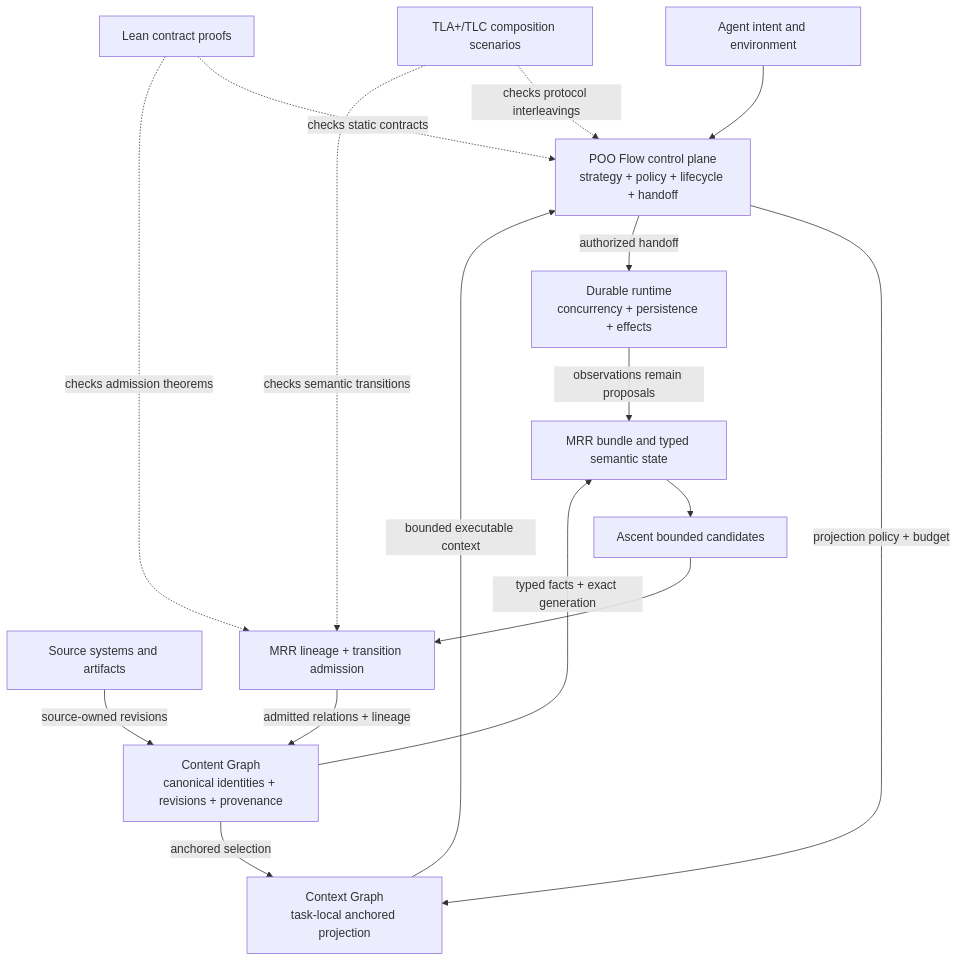
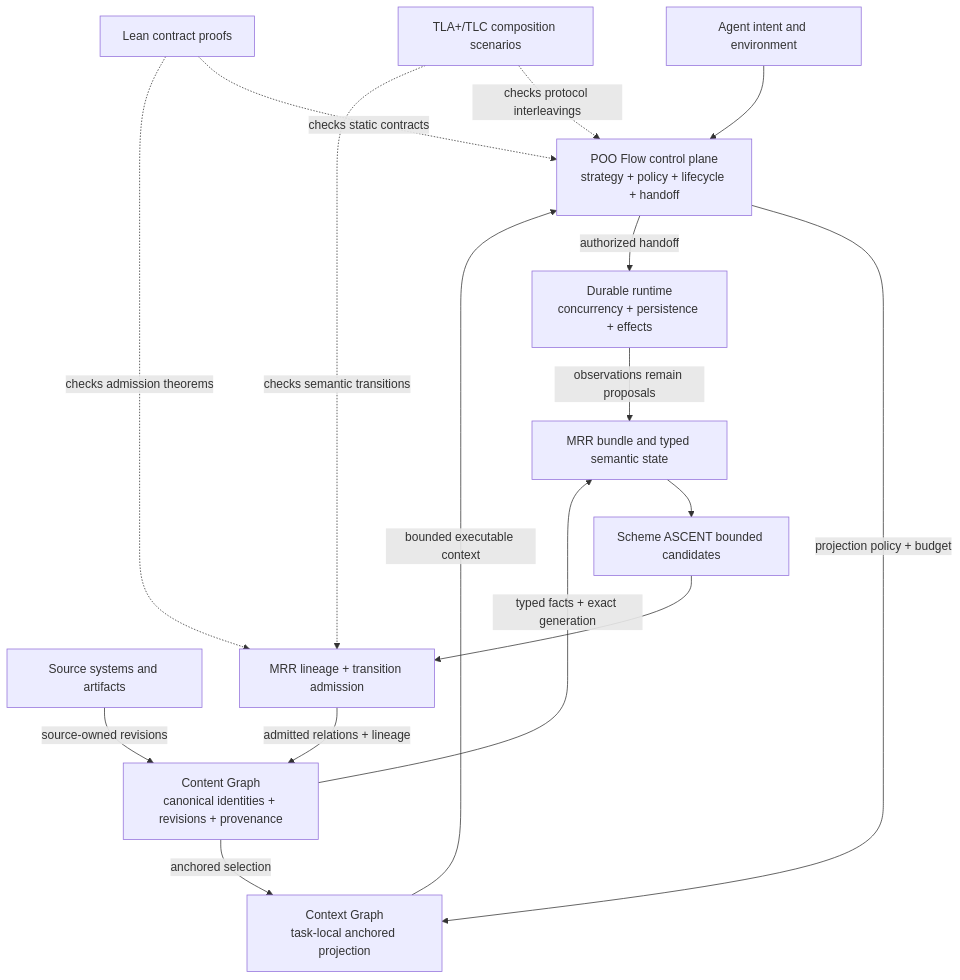
One commit to tao3k/meta-relational-reasoning changed the diagram in docs/architecture/0025-poo-flow-mrr-agent-assurance.org. Above: the diagram before and after it, drawn with Mermaid. The commit also changed other lines of this file and 51 other files, not shown here.

```diff
--- a/docs/architecture/0025-poo-flow-mrr-agent-assurance.org
+++ b/docs/architecture/0025-poo-flow-mrr-agent-assurance.org
@@ -136,30 +142,30 @@
 #+begin_src mermaid
 flowchart TD
   U[Agent intent and environment]
   S[Source systems and artifacts]
   C[Content Graph<br/>canonical identities + revisions + provenance]
   X[Context Graph<br/>task-local anchored projection]
   P[POO Flow control plane<br/>strategy + policy + lifecycle + handoff]
   B[MRR bundle and typed semantic state]
-  A[Ascent bounded candidates]
+  A[Scheme ASCENT bounded candidates]
   M[MRR lineage + transition admission]
   R[Durable runtime<br/>concurrency + persistence + effects]
   V[TLA+/TLC composition scenarios]
   L[Lean contract proofs]
 
   S -->|source-owned revisions| C
   C -->|typed facts + exact generation| B
   B --> A
   A --> M
   M -->|admitted relations + lineage| C
   U --> P
   P -->|projection policy + budget| X
   C -->|anchored selection| X
   X -->|bounded executable context| P
   P -->|authorized handoff| R
   R -->|observations remain proposals| B
   V -. checks protocol interleavings .-> P
   V -. checks semantic transitions .-> M
   L -. checks static contracts .-> P
   L -. checks admission theorems .-> M
 #+end_src
```
